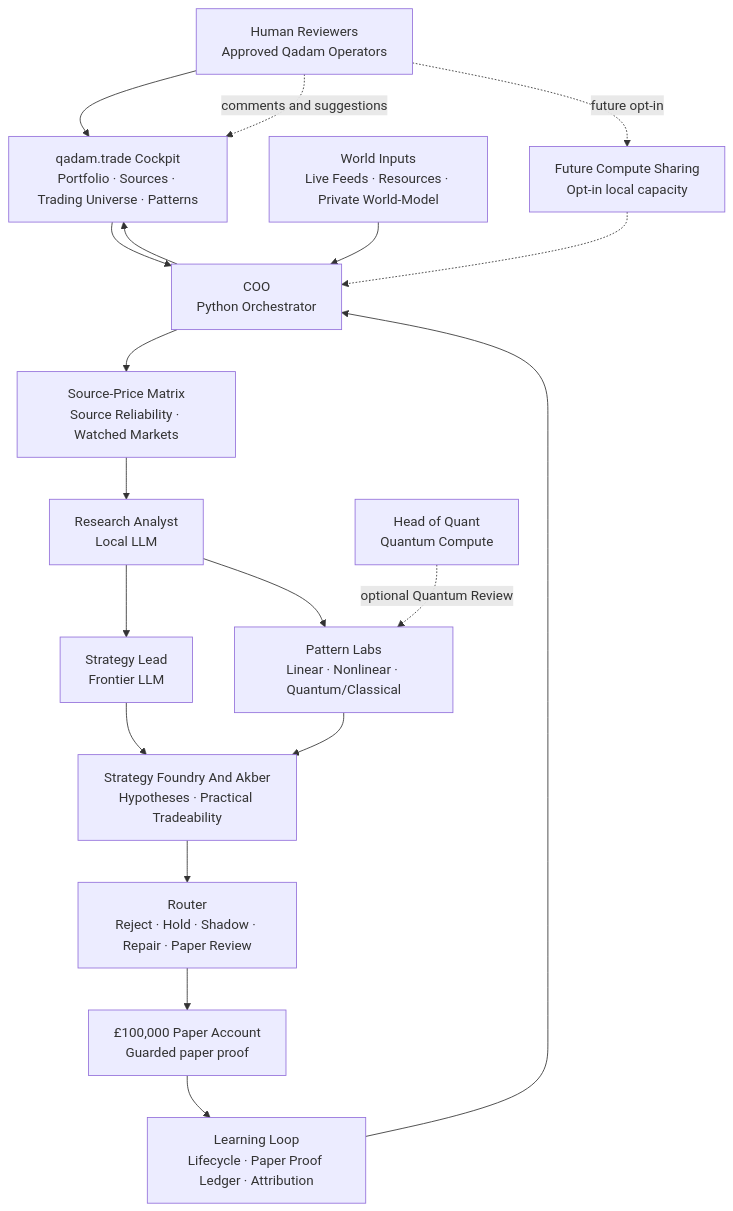
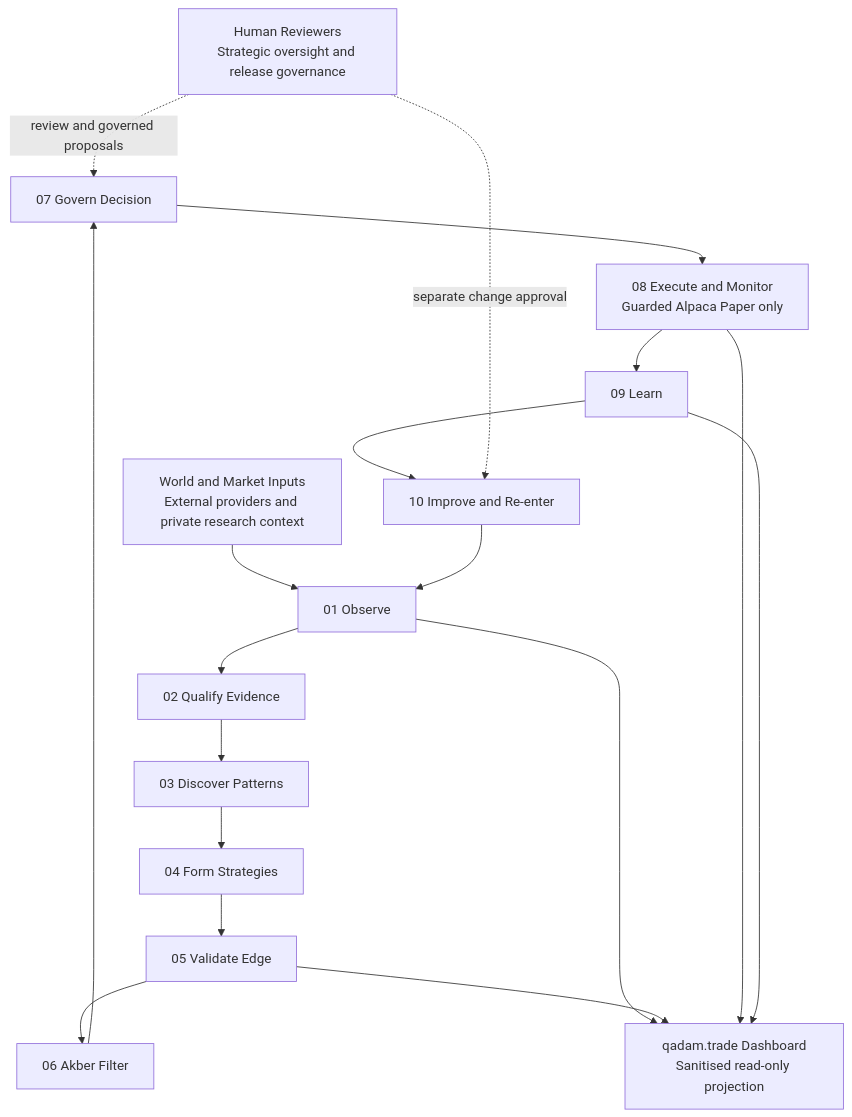
One commit to raminhoodeh/qadam changed the diagram in docs/qadam-whitepaper.md. Above: the diagram before and after it, drawn with Mermaid. The commit also changed other lines of this file and 100 other files, not shown here.

````diff
--- a/docs/qadam-whitepaper.md
+++ b/docs/qadam-whitepaper.md
@@ -33,35 +115,24 @@
 ```mermaid
 flowchart TB
-    FM["Human Reviewers<br/>Approved Qadam Operators"]
-    C["qadam.trade Cockpit<br/>Portfolio · Sources · Trading Universe · Patterns"]
-    COO["COO<br/>Python Orchestrator"]
-    WORLD["World Inputs<br/>Live Feeds · Resources · Private World-Model"]
-    RA["Research Analyst<br/>Local LLM"]
-    SL["Strategy Lead<br/>Frontier LLM"]
-    HQ["Head of Quant<br/>Quantum Compute"]
-    MATRIX["Source-Price Matrix<br/>Source Reliability · Watched Markets"]
-    LAB["Pattern Labs<br/>Linear · Nonlinear · Quantum/Classical"]
-    SIGNAL["Strategy Foundry And Akber<br/>Hypotheses · Practical Tradeability"]
-    ROUTER["Router<br/>Reject · Hold · Shadow · Repair · Paper Review"]
-    PAPER["£100,000 Paper Account<br/>Guarded paper proof"]
-    LEARN["Learning Loop<br/>Lifecycle · Paper Proof Ledger · Attribution"]
-    FUTURE["Future Compute Sharing<br/>Opt-in local capacity"]
+    PEOPLE["Human Reviewers<br/>Strategic oversight and release governance"]
+    WORLD["World and Market Inputs<br/>External providers and private research context"]
+    S1["01 Observe"]
+    S2["02 Qualify Evidence"]
+    S3["03 Discover Patterns"]
+    S4["04 Form Strategies"]
+    S5["05 Validate Edge"]
+    S6["06 Akber Filter"]
+    S7["07 Govern Decision"]
+    S8["08 Execute and Monitor<br/>Guarded Alpaca Paper only"]
+    S9["09 Learn"]
+    S10["10 Improve and Re-enter"]
+    DASH["qadam.trade Dashboard<br/>Sanitised read-only projection"]
 
-    FM --> C
-    C --> COO
-    WORLD --> COO
-    COO --> MATRIX
-    MATRIX --> RA
-    RA --> SL
-    RA --> LAB
-    SL --> SIGNAL
-    LAB --> SIGNAL
-    HQ -.->|"optional Quantum Review"| LAB
-    SIGNAL --> ROUTER
-    ROUTER --> PAPER
-    PAPER --> LEARN
-    LEARN --> COO
-    COO --> C
-    FM -.->|"comments and suggestions"| C
-    FM -.->|"future opt-in"| FUTURE -.-> COO
+    WORLD --> S1 --> S2 --> S3 --> S4 --> S5 --> S6 --> S7 --> S8 --> S9 --> S10 --> S1
+    PEOPLE -.->|"review and governed proposals"| S7
+    PEOPLE -.->|"separate change approval"| S10
+    S1 --> DASH
+    S5 --> DASH
+    S8 --> DASH
+    S9 --> DASH
 ```
````
